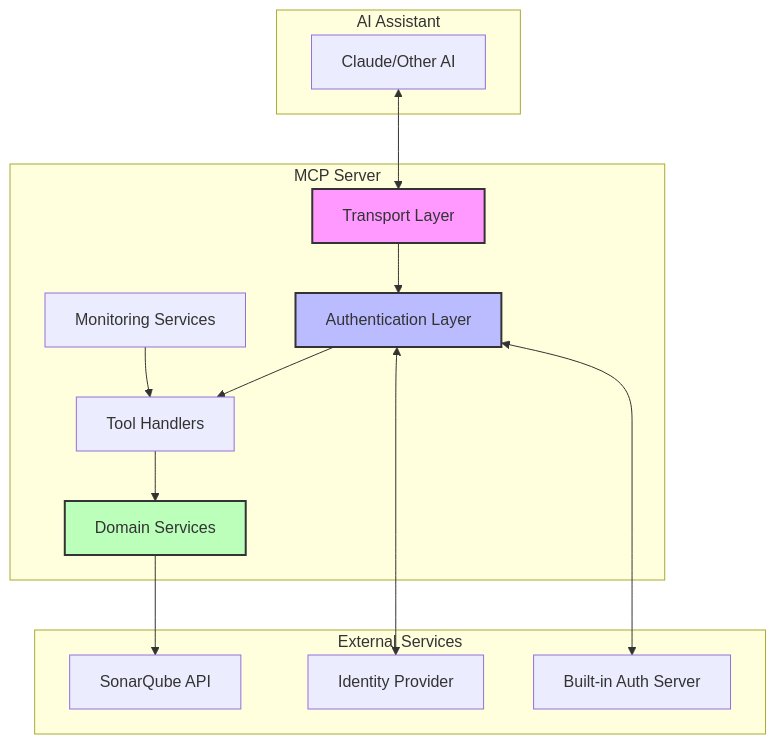
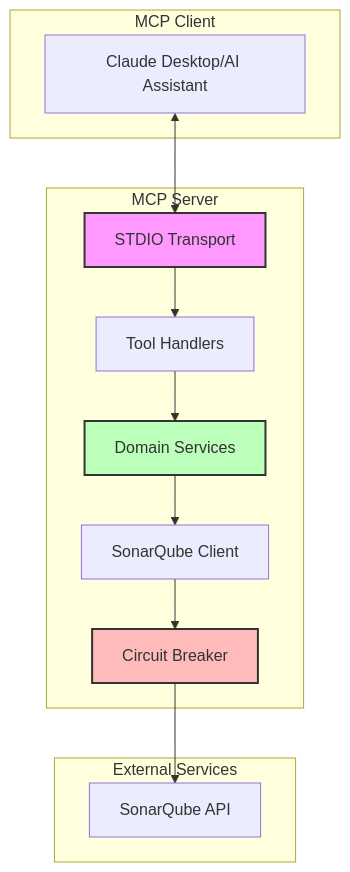
The diagram in docs/architecture.md (sapientpants/sonarqube-mcp-server), drawn with Mermaid before and after one commit. The commit also changed other lines of this file and 178 other files, not shown here.

First line of the commit message:
feat: Simplify to stdio-only MCP server for gateway deployment (#244)

````diff
--- a/docs/architecture.md
+++ b/docs/architecture.md
@@ -9,33 +9,29 @@
 ```mermaid
 graph TB
-    subgraph "AI Assistant"
-        Claude[Claude/Other AI]
+    subgraph "MCP Client"
+        Claude[Claude Desktop/AI Assistant]
     end
     
     subgraph "MCP Server"
-        Transport[Transport Layer]
-        Auth[Authentication Layer]
+        Transport[STDIO Transport]
         Handlers[Tool Handlers]
         Domains[Domain Services]
-        Monitoring[Monitoring Services]
+        Client[SonarQube Client]
+        Circuit[Circuit Breaker]
     end
     
     subgraph "External Services"
         SQ[SonarQube API]
-        IdP[Identity Provider]
-        AuthServer[Built-in Auth Server]
     end
     
     Claude <--> Transport
-    Transport --> Auth
-    Auth --> Handlers
+    Transport --> Handlers
     Handlers --> Domains
-    Domains --> SQ
-    Auth <--> IdP
-    Auth <--> AuthServer
-    Monitoring --> Handlers
+    Domains --> Client
+    Client --> Circuit
+    Circuit --> SQ
     
     style Transport fill:#f9f,stroke:#333,stroke-width:2px
-    style Auth fill:#bbf,stroke:#333,stroke-width:2px
     style Domains fill:#bfb,stroke:#333,stroke-width:2px
+    style Circuit fill:#fbb,stroke:#333,stroke-width:2px
 ```
````
